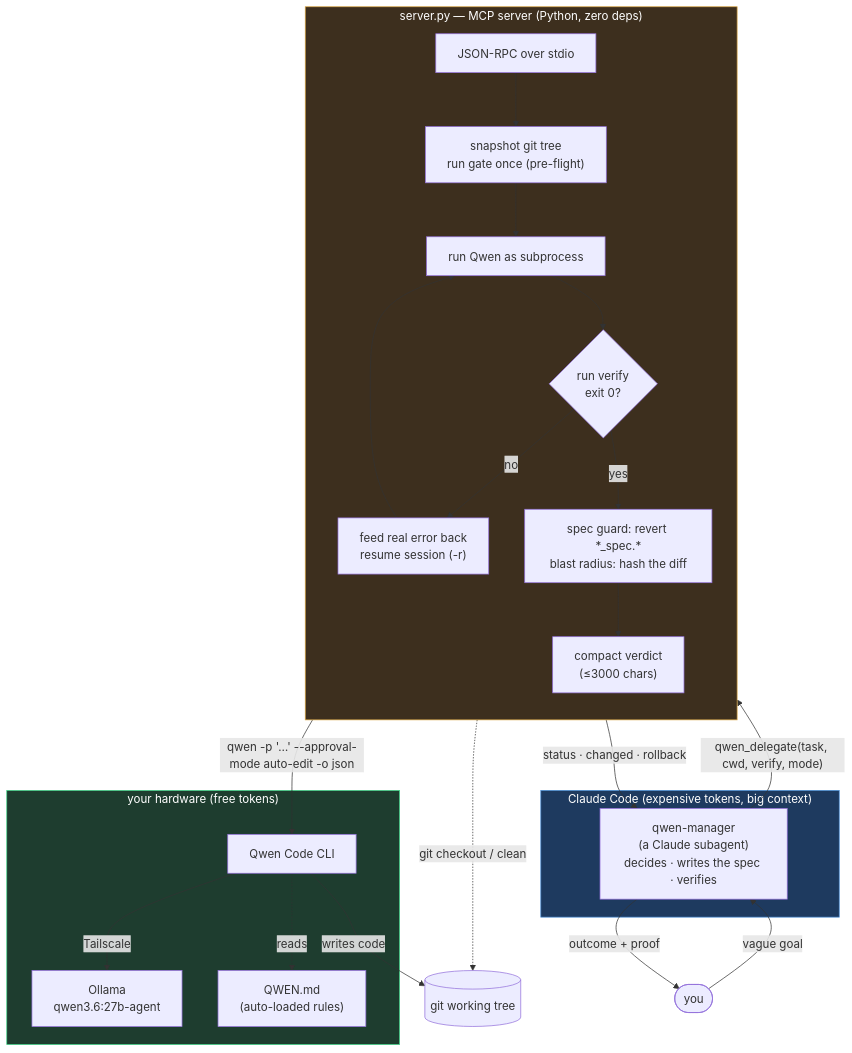
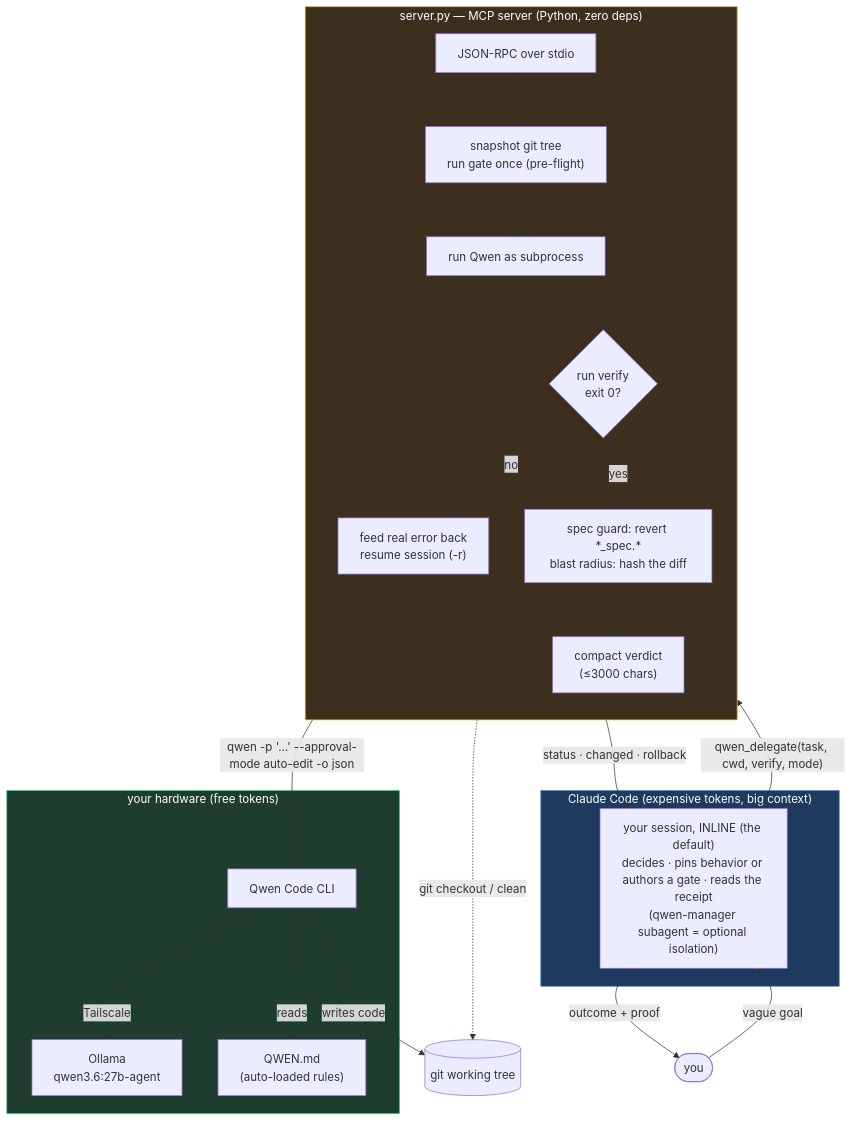
One commit to latentlok/token-saver changed the diagram in README.md. Above: the diagram before and after it, drawn with Mermaid. The commit also changed other lines of this file and 3 other files, not shown here.

Commit message:
docs truth pass: trust configuration section; README inline-first (manager = optional isolation); ARCHITECTURE.md marked v1-outdated, rewrite pending

````diff
--- a/README.md
+++ b/README.md
@@ -19,37 +19,37 @@
 ```mermaid
 flowchart TD
     U([you]) -->|vague goal| M
 
     subgraph claude["Claude Code (expensive tokens, big context)"]
-        M["qwen-manager<br/>(a Claude subagent)<br/>decides · writes the spec · verifies"]
+        M["your session, INLINE (the default)<br/>decides · pins behavior or authors a gate · reads the receipt<br/>(qwen-manager subagent = optional isolation)"]
     end
 
     M -->|"qwen_delegate(task, cwd, verify, mode)"| S
 
     subgraph mcp["server.py — MCP server (Python, zero deps)"]
         direction TB
         S["JSON-RPC over stdio"] --> PRE["snapshot git tree<br/>run gate once (pre-flight)"]
         PRE --> RUN["run Qwen as subprocess"]
         RUN --> GATE{"run verify<br/>exit 0?"}
         GATE -->|no| FEED["feed real error back<br/>resume session (-r)"]
         FEED --> RUN
         GATE -->|yes| GUARD["spec guard: revert *_spec.*<br/>blast radius: hash the diff"]
         GUARD --> REP["compact verdict<br/>(≤3000 chars)"]
     end
 
     RUN -->|"qwen -p '…' --approval-mode auto-edit -o json"| Q
 
     subgraph local["your hardware (free tokens)"]
         Q["Qwen Code CLI"] -->|Tailscale| O["Ollama<br/>qwen3.6:27b-agent"]
         Q -.reads.-> QMD["QWEN.md<br/>(auto-loaded rules)"]
     end
 
     Q -->|writes code| WT[("git working tree")]
     GUARD -.->|git checkout / clean| WT
     REP -->|"status · changed · rollback"| M
     M -->|"outcome + proof"| U
 
     style claude fill:#1e3a5f,stroke:#4a90d9,color:#fff
     style mcp fill:#3d2f1e,stroke:#d9a441,color:#fff
     style local fill:#1e3d2f,stroke:#41d98a,color:#fff
 ```
````
